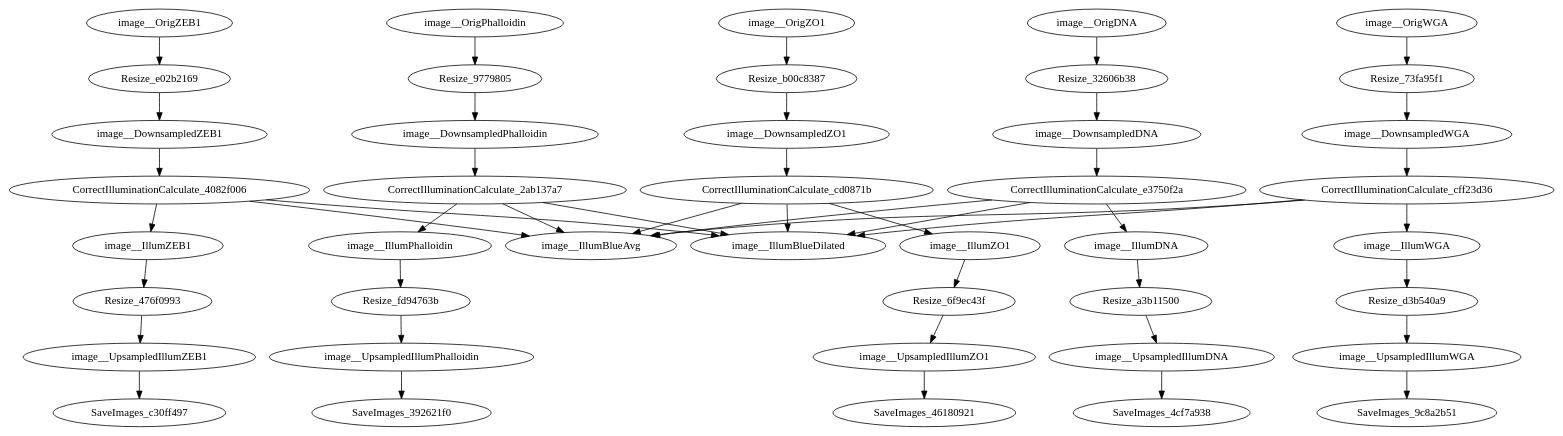
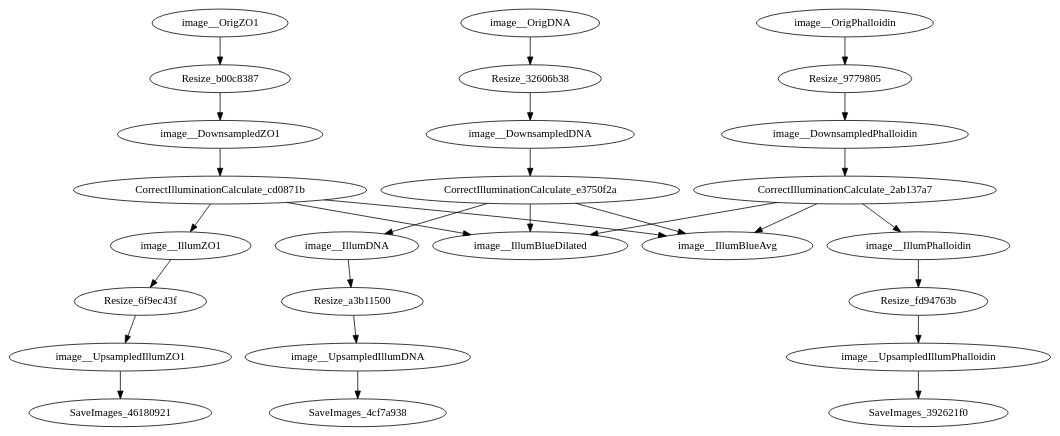
One commit to shntnu/cp_graph changed the diagram in examples/output/illum_isoform_ultra.dot. Above: the diagram before and after it, drawn with Graphviz. The commit also changed 10 other files, not shown here.

```diff
--- a/examples/output/illum_isoform_ultra.dot
+++ b/examples/output/illum_isoform_ultra.dot
@@ -1,89 +1,55 @@
 strict digraph {
 CorrectIlluminationCalculate_2ab137a7 [type=module];
-CorrectIlluminationCalculate_4082f006 [type=module];
 CorrectIlluminationCalculate_cd0871b [type=module];
-CorrectIlluminationCalculate_cff23d36 [type=module];
 CorrectIlluminationCalculate_e3750f2a [type=module];
 Resize_32606b38 [type=module];
-Resize_476f0993 [type=module];
 Resize_6f9ec43f [type=module];
-Resize_73fa95f1 [type=module];
 Resize_9779805 [type=module];
 Resize_a3b11500 [type=module];
 Resize_b00c8387 [type=module];
-Resize_d3b540a9 [type=module];
-Resize_e02b2169 [type=module];
 Resize_fd94763b [type=module];
 SaveImages_392621f0 [type=module];
 SaveImages_46180921 [type=module];
 SaveImages_4cf7a938 [type=module];
-SaveImages_9c8a2b51 [type=module];
-SaveImages_c30ff497 [type=module];
 image__DownsampledDNA [type=image];
 image__DownsampledPhalloidin [type=image];
-image__DownsampledWGA [type=image];
-image__DownsampledZEB1 [type=image];
 image__DownsampledZO1 [type=image];
 image__IllumBlueAvg [type=image];
 image__IllumBlueDilated [type=image];
 image__IllumDNA [type=image];
 image__IllumPhalloidin [type=image];
-image__IllumWGA [type=image];
-image__IllumZEB1 [type=image];
 image__IllumZO1 [type=image];
 image__OrigDNA [type=image];
 image__OrigPhalloidin [type=image];
-image__OrigWGA [type=image];
-image__OrigZEB1 [type=image];
 image__OrigZO1 [type=image];
 image__UpsampledIllumDNA [type=image];
 image__UpsampledIllumPhalloidin [type=image];
-image__UpsampledIllumWGA [type=image];
-image__UpsampledIllumZEB1 [type=image];
 image__UpsampledIllumZO1 [type=image];
 CorrectIlluminationCalculate_2ab137a7 -> image__IllumBlueAvg;
 CorrectIlluminationCalculate_2ab137a7 -> image__IllumBlueDilated;
 CorrectIlluminationCalculate_2ab137a7 -> image__IllumPhalloidin;
-CorrectIlluminationCalculate_4082f006 -> image__IllumBlueAvg;
-CorrectIlluminationCalculate_4082f006 -> image__IllumBlueDilated;
-CorrectIlluminationCalculate_4082f006 -> image__IllumZEB1;
 CorrectIlluminationCalculate_cd0871b -> image__IllumBlueAvg;
 CorrectIlluminationCalculate_cd0871b -> image__IllumBlueDilated;
 CorrectIlluminationCalculate_cd0871b -> image__IllumZO1;
-CorrectIlluminationCalculate_cff23d36 -> image__IllumBlueAvg;
-CorrectIlluminationCalculate_cff23d36 -> image__IllumBlueDilated;
-CorrectIlluminationCalculate_cff23d36 -> image__IllumWGA;
 CorrectIlluminationCalculate_e3750f2a -> image__IllumBlueAvg;
 CorrectIlluminationCalculate_e3750f2a -> image__IllumBlueDilated;
 CorrectIlluminationCalculate_e3750f2a -> image__IllumDNA;
 Resize_32606b38 -> image__DownsampledDNA;
-Resize_476f0993 -> image__UpsampledIllumZEB1;
 Resize_6f9ec43f -> image__UpsampledIllumZO1;
-Resize_73fa95f1 -> image__DownsampledWGA;
 Resize_9779805 -> image__DownsampledPhalloidin;
 Resize_a3b11500 -> image__UpsampledIllumDNA;
 Resize_b00c8387 -> image__DownsampledZO1;
-Resize_d3b540a9 -> image__UpsampledIllumWGA;
-Resize_e02b2169 -> image__DownsampledZEB1;
 Resize_fd94763b -> image__UpsampledIllumPhalloidin;
 image__DownsampledDNA -> CorrectIlluminationCalculate_e3750f2a;
 image__DownsampledPhalloidin -> CorrectIlluminationCalculate_2ab137a7;
-image__DownsampledWGA -> CorrectIlluminationCalculate_cff23d36;
-image__DownsampledZEB1 -> CorrectIlluminationCalculate_4082f006;
 image__DownsampledZO1 -> CorrectIlluminationCalculate_cd0871b;
 image__IllumDNA -> Resize_a3b11500;
 image__IllumPhalloidin -> Resize_fd94763b;
-image__IllumWGA -> Resize_d3b540a9;
-image__IllumZEB1 -> Resize_476f0993;
 image__IllumZO1 -> Resize_6f9ec43f;
 image__OrigDNA -> Resize_32606b38;
 image__OrigPhalloidin -> Resize_9779805;
-image__OrigWGA -> Resize_73fa95f1;
-image__OrigZEB1 -> Resize_e02b2169;
 image__OrigZO1 -> Resize_b00c8387;
 image__UpsampledIllumDNA -> SaveImages_4cf7a938;
 image__UpsampledIllumPhalloidin -> SaveImages_392621f0;
-image__UpsampledIllumWGA -> SaveImages_9c8a2b51;
-image__UpsampledIllumZEB1 -> SaveImages_c30ff497;
 image__UpsampledIllumZO1 -> SaveImages_46180921;
 }
```
